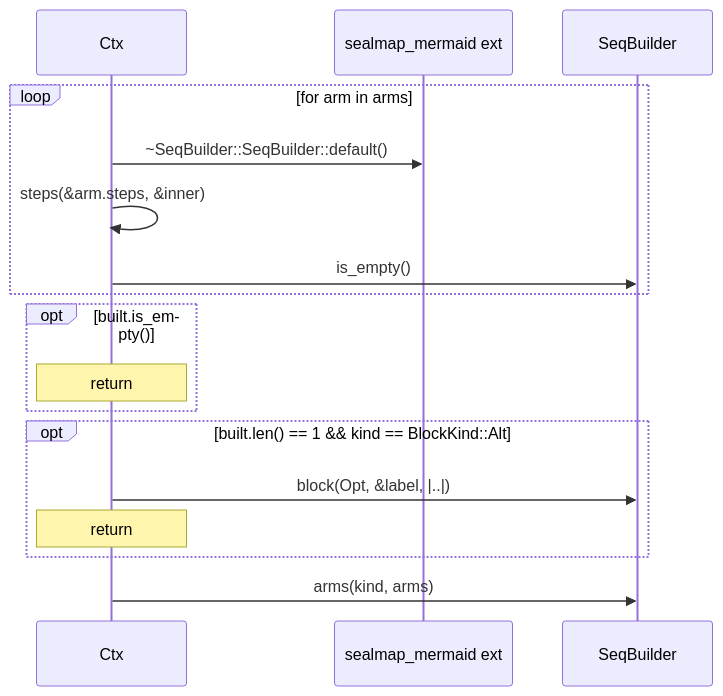
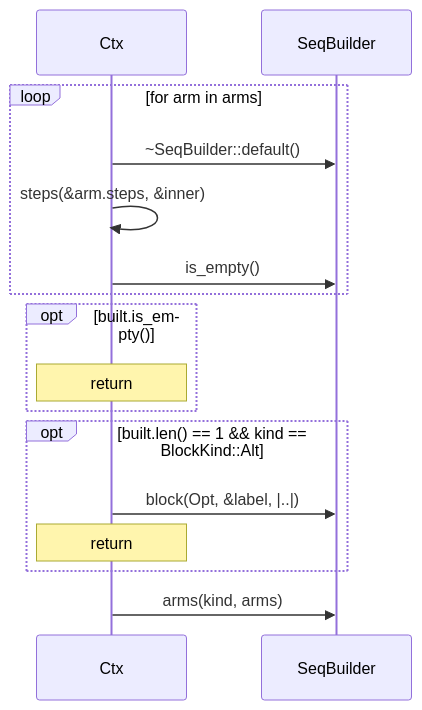
Before and after one commit to DreamLab-AI/codemaid: the fourth of 4 diagrams in docs/sealmap/crates/sealmap-corpus/src/sequence.rs.md, drawn with Mermaid. The commit also changed other lines of this file and 29 other files, not shown here.

````diff
--- a/docs/sealmap/crates/sealmap-corpus/src/sequence.rs.md
+++ b/docs/sealmap/crates/sealmap-corpus/src/sequence.rs.md
@@ -156,19 +155,18 @@
 ```mermaid
 sequenceDiagram
   participant sealmap_corpus__sequence___tCtx as Ctx
-  participant _sealmap_mermaid as sealmap_mermaid ext
   participant sealmap_mermaid__sequence___tSeqBuilder as SeqBuilder
   loop for arm in arms
-    sealmap_corpus__sequence___tCtx->>_sealmap_mermaid: ~SeqBuilder::SeqBuilder::default()
+    sealmap_corpus__sequence___tCtx->>sealmap_mermaid__sequence___tSeqBuilder: ~SeqBuilder::default()
     sealmap_corpus__sequence___tCtx->>sealmap_corpus__sequence___tCtx: steps(&arm.steps, &inner)
     sealmap_corpus__sequence___tCtx->>sealmap_mermaid__sequence___tSeqBuilder: is_empty()
   end
   opt built.is_empty()
     Note over sealmap_corpus__sequence___tCtx: return
   end
   opt built.len() == 1 && kind == BlockKind::Alt
     sealmap_corpus__sequence___tCtx->>sealmap_mermaid__sequence___tSeqBuilder: block(Opt, &label, |..|)
     Note over sealmap_corpus__sequence___tCtx: return
   end
   sealmap_corpus__sequence___tCtx->>sealmap_mermaid__sequence___tSeqBuilder: arms(kind, arms)
 ```
````
